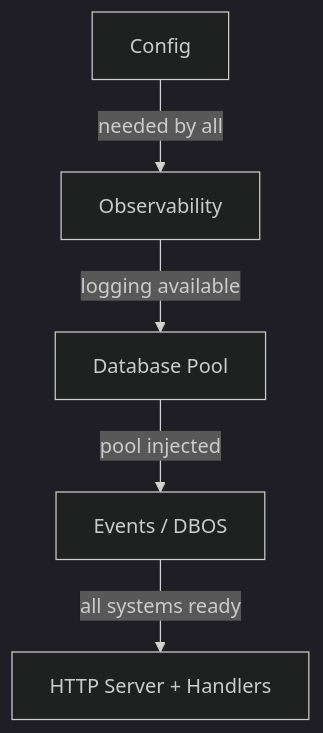
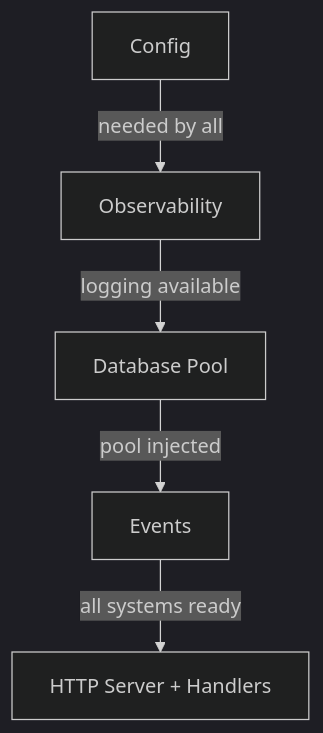
One commit to corewood-tech/rootstock changed the third of 3 diagrams in README.md. Above: the diagram before and after it, drawn with Mermaid (dark theme). The commit also changed other lines of this file and 49 other files, not shown here.

````diff
--- a/README.md
+++ b/README.md
@@ -82,7 +113,7 @@
 ```mermaid
 graph TD
     A[Config] -->|needed by all| B[Observability]
     B -->|logging available| C[Database Pool]
-    C -->|pool injected| D[Events / DBOS]
+    C -->|pool injected| D[Events]
     D -->|all systems ready| E[HTTP Server + Handlers]
 ```
````
